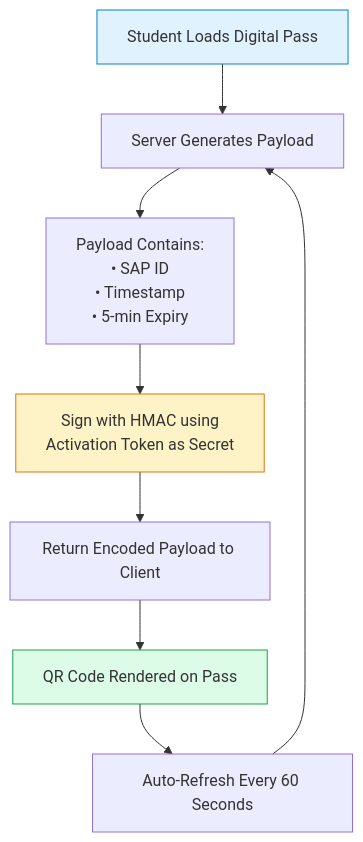
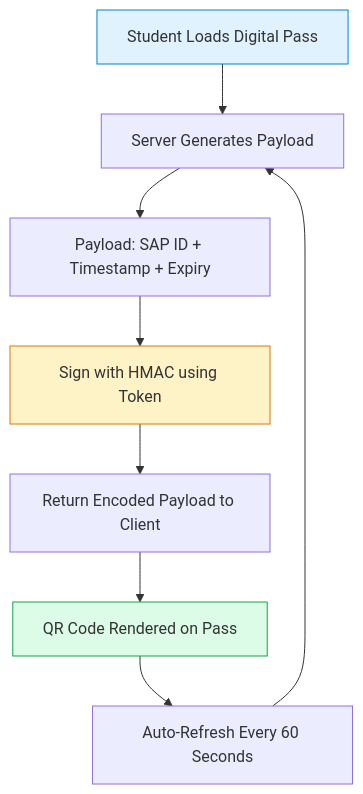
The second of 5 diagrams in docs/Web.md (MuhammadAliyan10/SENTINEL), drawn with Mermaid before and after one commit. The commit also changed other lines of this file and 1 other file, not shown here.

Commit message:
Fix the canvas rendring issue

````diff
--- a/docs/Web.md
+++ b/docs/Web.md
@@ -423,14 +423,14 @@
 ```mermaid
 flowchart TD
     A[Student Loads Digital Pass] --> B[Server Generates Payload]
-    B --> C["Payload Contains:<br/>• SAP ID<br/>• Timestamp<br/>• 5-min Expiry"]
-    C --> D[Sign with HMAC using<br/>Activation Token as Secret]
+    B --> C[Payload: SAP ID + Timestamp + Expiry]
+    C --> D[Sign with HMAC using Token]
     D --> E[Return Encoded Payload to Client]
     E --> F[QR Code Rendered on Pass]
     F --> G[Auto-Refresh Every 60 Seconds]
     G --> B
 
     style A fill:#e0f2fe,stroke:#0284c7
     style D fill:#fef3c7,stroke:#d97706
     style F fill:#dcfce7,stroke:#16a34a
 ```
````
